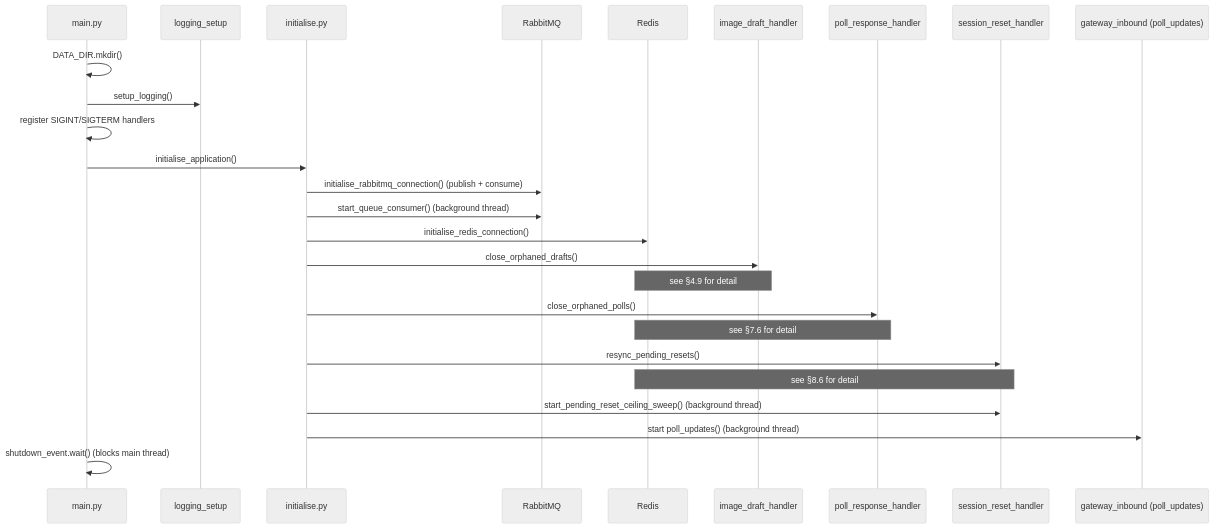
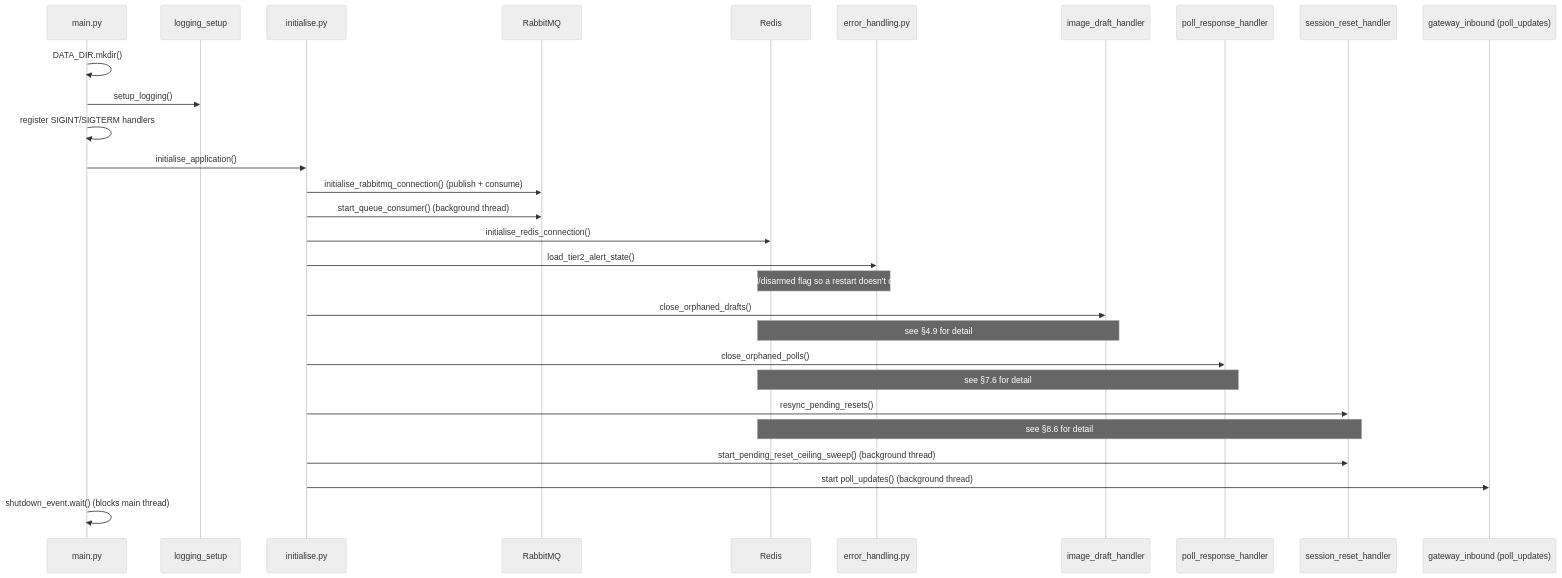
Before and after one commit to SorinoSSK/server-ai-chatbot-setup: the first of 36 diagrams in telegram_gateway/CODE_SEQUENCE_DIAGRAM.md, drawn with Mermaid (neutral theme). The commit also changed other lines of this file and 11 other files, not shown here.

Commit message:
Modified telegram_gateway's Redis retry and added Redis to bot_sanctuary.

````diff
--- a/telegram_gateway/CODE_SEQUENCE_DIAGRAM.md
+++ b/telegram_gateway/CODE_SEQUENCE_DIAGRAM.md
@@ -26,29 +26,32 @@
 ```mermaid
 sequenceDiagram
     participant Main as main.py
     participant Log as logging_setup
     participant Init as initialise.py
     participant MQ as RabbitMQ
     participant Redis as Redis
+    participant ErrorMod as error_handling.py
     participant Draft as image_draft_handler
     participant Poll as poll_response_handler
     participant Session as session_reset_handler
     participant Gateway as gateway_inbound (poll_updates)
 
     Main->>Main: DATA_DIR.mkdir()
     Main->>Log: setup_logging()
     Main->>Main: register SIGINT/SIGTERM handlers
     Main->>Init: initialise_application()
     Init->>MQ: initialise_rabbitmq_connection() (publish + consume)
     Init->>MQ: start_queue_consumer() (background thread)
     Init->>Redis: initialise_redis_connection()
+    Init->>ErrorMod: load_tier2_alert_state()
+    Note over ErrorMod,Redis: see §10.6 - restores Tier 2's armed/disarmed flag so a restart doesn't orphan a pending gateway_recover
     Init->>Draft: close_orphaned_drafts()
     Note over Draft,Redis: see §4.9 for detail
     Init->>Poll: close_orphaned_polls()
     Note over Poll,Redis: see §7.6 for detail
     Init->>Session: resync_pending_resets()
     Note over Session,Redis: see §8.6 for detail
     Init->>Session: start_pending_reset_ceiling_sweep() (background thread)
     Init->>Gateway: start poll_updates() (background thread)
     Main->>Main: shutdown_event.wait() (blocks main thread)
 ```
````
